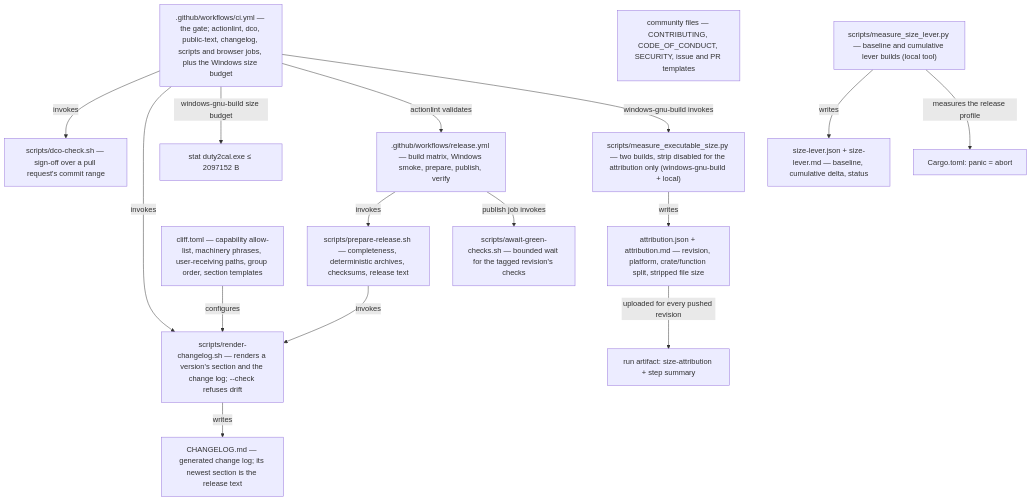
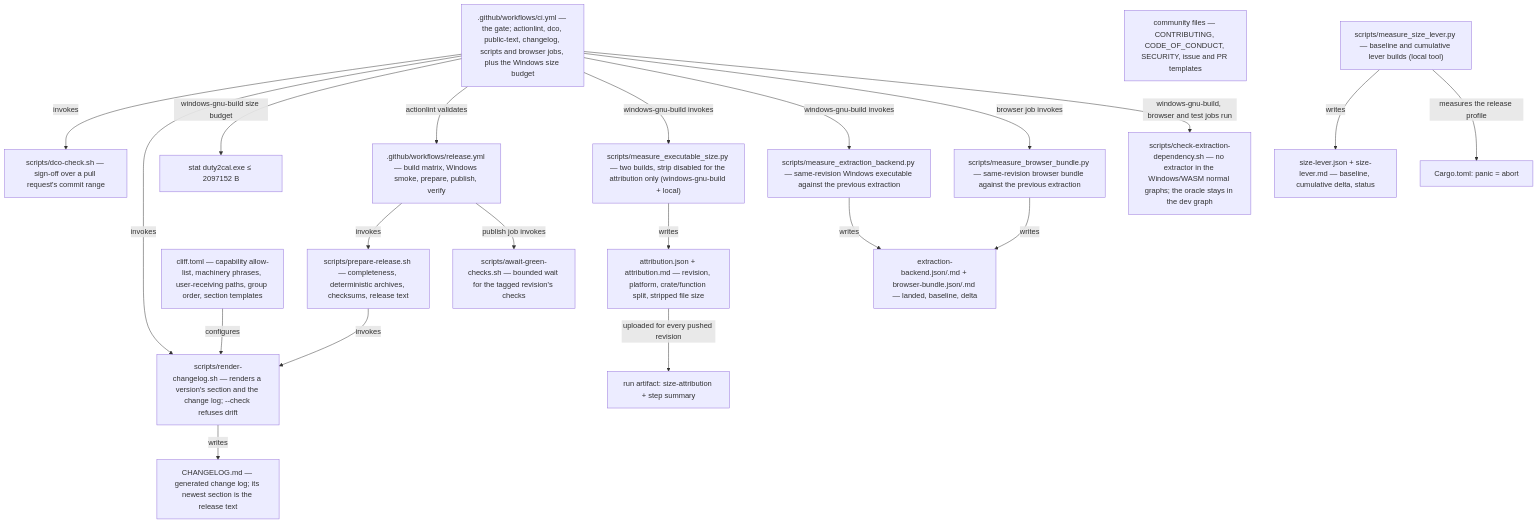
One commit to duty2cal/duty2cal changed the fifth of 6 diagrams in docs/arc42/05-building-block-view.md. Above: the diagram before and after it, drawn with Mermaid. The commit also changed other lines of this file and 24 other files, not shown here.

````diff
--- a/docs/arc42/05-building-block-view.md
+++ b/docs/arc42/05-building-block-view.md
@@ -151,31 +159,40 @@
 ```mermaid
 flowchart TB
   PREP["scripts/prepare-release.sh — completeness, deterministic archives, checksums, release text"]
   RENDER["scripts/render-changelog.sh — renders a version's section and the change log; --check refuses drift"]
   CONFIG["cliff.toml — capability allow-list, machinery phrases, user-receiving paths, group order, section templates"]
   LOG["CHANGELOG.md — generated change log; its newest section is the release text"]
   DCO["scripts/dco-check.sh — sign-off over a pull request's commit range"]
   GATE["scripts/await-green-checks.sh — bounded wait for the tagged revision's checks"]
   CI[".github/workflows/ci.yml — the gate; actionlint, dco, public-text, changelog, scripts and browser jobs, plus the Windows size budget"]
   REL[".github/workflows/release.yml — build matrix, Windows smoke, prepare, publish, verify"]
   COMM["community files — CONTRIBUTING, CODE_OF_CONDUCT, SECURITY, issue and PR templates"]
   MEASURE["scripts/measure_executable_size.py — two builds, strip disabled for the attribution only (windows-gnu-build + local)"]
   REPORT["attribution.json + attribution.md — revision, platform, crate/function split, stripped file size"]
   ART["run artifact: size-attribution + step summary"]
   REDUCE["scripts/measure_size_lever.py — baseline and cumulative lever builds (local tool)"]
   LEVER["size-lever.json + size-lever.md — baseline, cumulative delta, status"]
+  MBACK["scripts/measure_extraction_backend.py — same-revision Windows executable against the previous extraction"]
+  MWASM["scripts/measure_browser_bundle.py — same-revision browser bundle against the previous extraction"]
+  MREP["extraction-backend.json/.md + browser-bundle.json/.md — landed, baseline, delta"]
+  GRAPH["scripts/check-extraction-dependency.sh — no extractor in the Windows/WASM normal graphs; the oracle stays in the dev graph"]
   REL -->|invokes| PREP
   PREP -->|invokes| RENDER
   REL -->|publish job invokes| GATE
   CONFIG -->|configures| RENDER
   RENDER -->|writes| LOG
   CI -->|invokes| DCO
   CI -->|invokes| RENDER
   CI -->|"windows-gnu-build size budget"| WINBUDGET["stat duty2cal.exe ≤ 2097152 B"]
   CI -->|actionlint validates| REL
   CI -->|"windows-gnu-build invokes"| MEASURE
   MEASURE -->|writes| REPORT
   REPORT -->|"uploaded for every pushed revision"| ART
   REDUCE -->|writes| LEVER
   REDUCE -->|"measures the release profile"| PRODUCT["Cargo.toml: panic = abort"]
+  CI -->|"windows-gnu-build invokes"| MBACK
+  CI -->|"browser job invokes"| MWASM
+  MBACK -->|writes| MREP
+  MWASM -->|writes| MREP
+  CI -->|"windows-gnu-build, browser and test jobs run"| GRAPH
 ```
````
